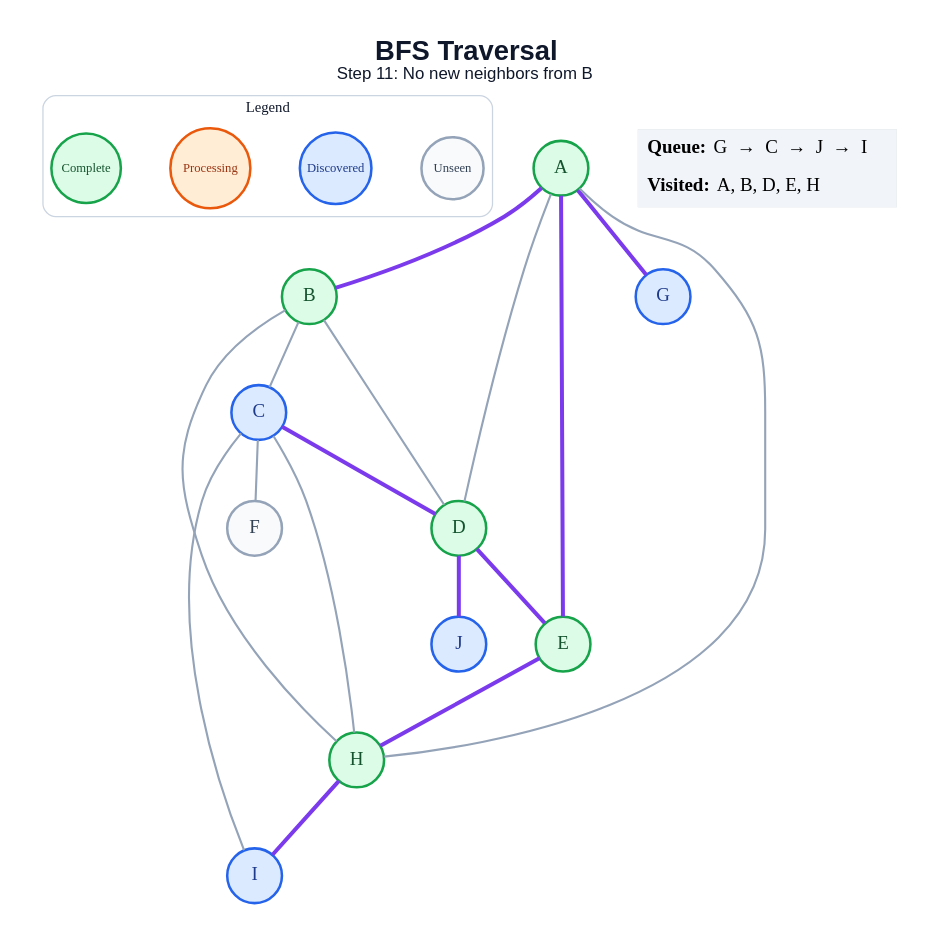
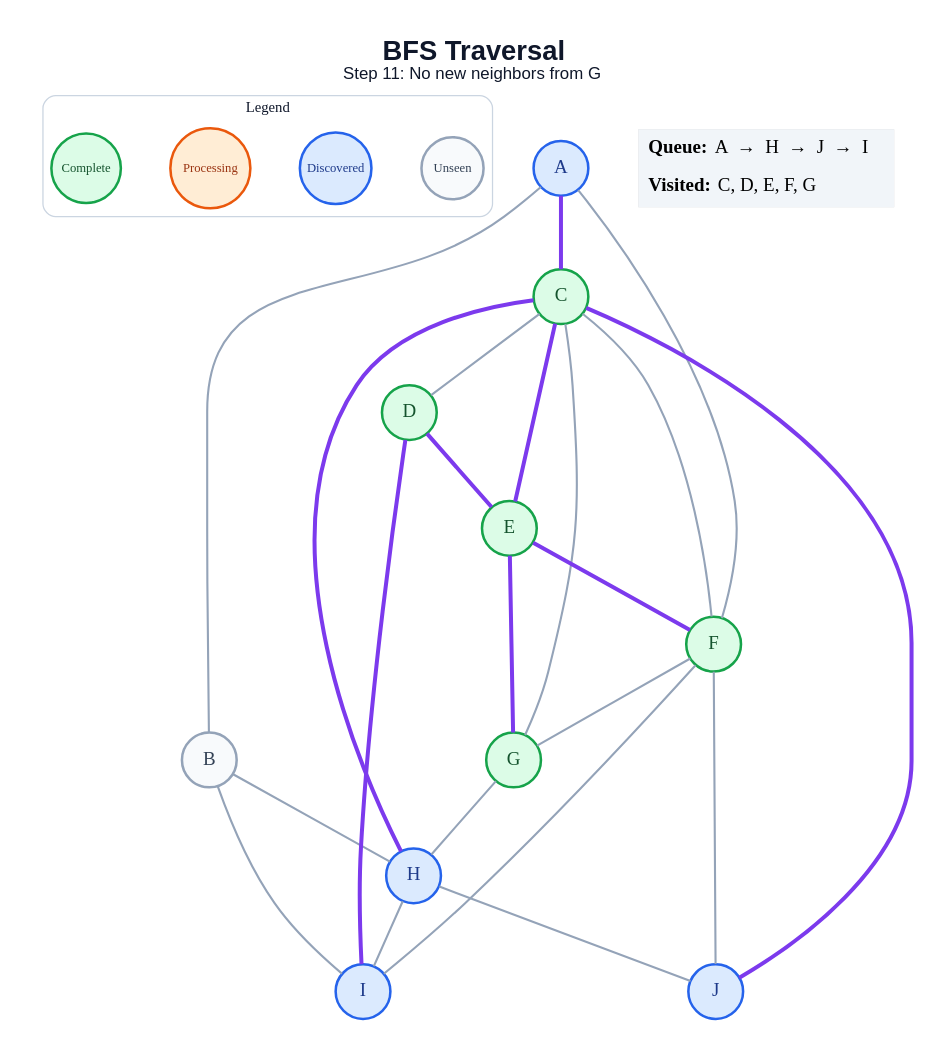
Before and after one commit to amanghodawala9/ai-slop: the diagram in generated/specific-node/bfs/step_11.dot, drawn with Graphviz. The commit also changed 178 other files, not shown here.

```diff
--- a/generated/specific-node/bfs/step_11.dot
+++ b/generated/specific-node/bfs/step_11.dot
@@ -1,45 +1,50 @@
 graph traversal {
   graph [layout=dot, rankdir=TB, bgcolor="#FFFFFF", pad="0.35", nodesep="0.65", ranksep="0.8", fontname="Arial"];
   node [shape=circle, style="filled", fontname="Arial Bold", fontsize=18, width=0.72, fixedsize=true, penwidth=2.4];
   edge [color="#94A3B8", penwidth=2.0];
-  label=<<B>BFS Traversal</B><BR/><FONT POINT-SIZE="16">Step 11: No new neighbors from B</FONT>>; labelloc="t"; fontsize=26; fontname="Arial"; fontcolor="#0F172A";
+  label=<<B>BFS Traversal</B><BR/><FONT POINT-SIZE="16">Step 11: No new neighbors from G</FONT>>; labelloc="t"; fontsize=26; fontname="Arial"; fontcolor="#0F172A";
   subgraph cluster_legend { label="Legend"; color="#CBD5E1"; penwidth=1.2; style="rounded"; fontsize=14; fontname="Arial Bold";
     key_unseen [label="Unseen", fillcolor="#F8FAFC", color="#94A3B8", fontcolor="#334155", fontsize=12, width=0.82];
     key_frontier [label="Discovered", fillcolor="#DBEAFE", color="#2563EB", fontcolor="#1E3A8A", fontsize=12, width=0.95];
     key_current [label="Processing", fillcolor="#FFEDD5", color="#EA580C", fontcolor="#9A3412", fontsize=12, width=1.05];
     key_done [label="Complete", fillcolor="#DCFCE7", color="#16A34A", fontcolor="#14532D", fontsize=12, width=0.92];
     { rank=same; key_unseen; key_frontier; key_current; key_done; }
   }
-  A [fillcolor="#DCFCE7", color="#16A34A", fontcolor="#14532D"];
-  B [fillcolor="#DCFCE7", color="#16A34A", fontcolor="#14532D"];
-  C [fillcolor="#DBEAFE", color="#2563EB", fontcolor="#1E3A8A"];
+  A [fillcolor="#DBEAFE", color="#2563EB", fontcolor="#1E3A8A"];
+  B [fillcolor="#F8FAFC", color="#94A3B8", fontcolor="#334155"];
+  C [fillcolor="#DCFCE7", color="#16A34A", fontcolor="#14532D"];
   D [fillcolor="#DCFCE7", color="#16A34A", fontcolor="#14532D"];
   E [fillcolor="#DCFCE7", color="#16A34A", fontcolor="#14532D"];
-  F [fillcolor="#F8FAFC", color="#94A3B8", fontcolor="#334155"];
-  G [fillcolor="#DBEAFE", color="#2563EB", fontcolor="#1E3A8A"];
-  H [fillcolor="#DCFCE7", color="#16A34A", fontcolor="#14532D"];
+  F [fillcolor="#DCFCE7", color="#16A34A", fontcolor="#14532D"];
+  G [fillcolor="#DCFCE7", color="#16A34A", fontcolor="#14532D"];
+  H [fillcolor="#DBEAFE", color="#2563EB", fontcolor="#1E3A8A"];
   I [fillcolor="#DBEAFE", color="#2563EB", fontcolor="#1E3A8A"];
   J [fillcolor="#DBEAFE", color="#2563EB", fontcolor="#1E3A8A"];
-  A -- B [color="#7C3AED", penwidth=3.8];
-  A -- D;
-  A -- E [color="#7C3AED", penwidth=3.8];
-  A -- G [color="#7C3AED", penwidth=3.8];
-  A -- H;
-  B -- C;
-  B -- D;
+  A -- B;
+  A -- C [color="#7C3AED", penwidth=3.8];
+  A -- F;
   B -- H;
-  C -- D [color="#7C3AED", penwidth=3.8];
+  B -- I;
+  C -- D;
+  C -- E [color="#7C3AED", penwidth=3.8];
   C -- F;
-  C -- H;
-  C -- I;
+  C -- G;
+  C -- H [color="#7C3AED", penwidth=3.8];
+  C -- J [color="#7C3AED", penwidth=3.8];
   D -- E [color="#7C3AED", penwidth=3.8];
-  D -- J [color="#7C3AED", penwidth=3.8];
-  E -- H [color="#7C3AED", penwidth=3.8];
-  H -- I [color="#7C3AED", penwidth=3.8];
+  D -- I [color="#7C3AED", penwidth=3.8];
+  E -- F [color="#7C3AED", penwidth=3.8];
+  E -- G [color="#7C3AED", penwidth=3.8];
+  F -- G;
+  F -- I;
+  F -- J;
+  G -- H;
+  H -- I;
+  H -- J;
   status [shape=plain, fixedsize=false, width=0, height=0, margin=0, label=<
     <TABLE BORDER="0" CELLBORDER="0" CELLPADDING="7" BGCOLOR="#F1F5F9">
-      <TR><TD ALIGN="LEFT"><B>Queue:</B> G  →  C  →  J  →  I</TD></TR>
-      <TR><TD ALIGN="LEFT"><B>Visited:</B> A, B, D, E, H</TD></TR>
+      <TR><TD ALIGN="LEFT"><B>Queue:</B> A  →  H  →  J  →  I</TD></TR>
+      <TR><TD ALIGN="LEFT"><B>Visited:</B> C, D, E, F, G</TD></TR>
     </TABLE>
   >];
 }
```
